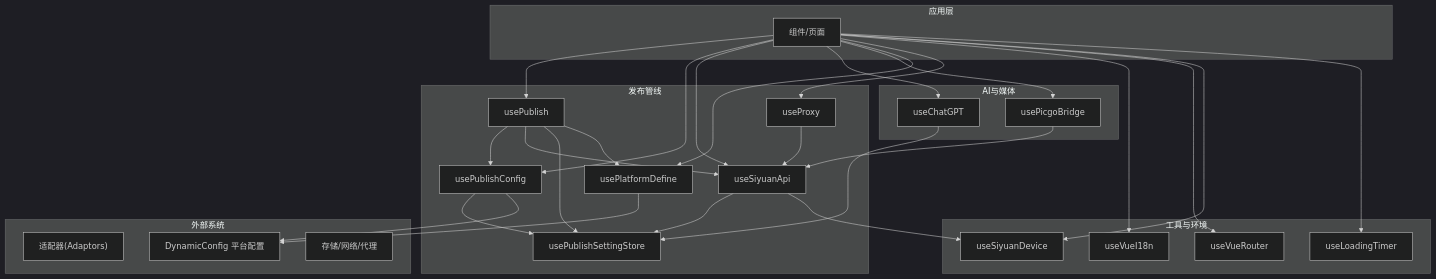
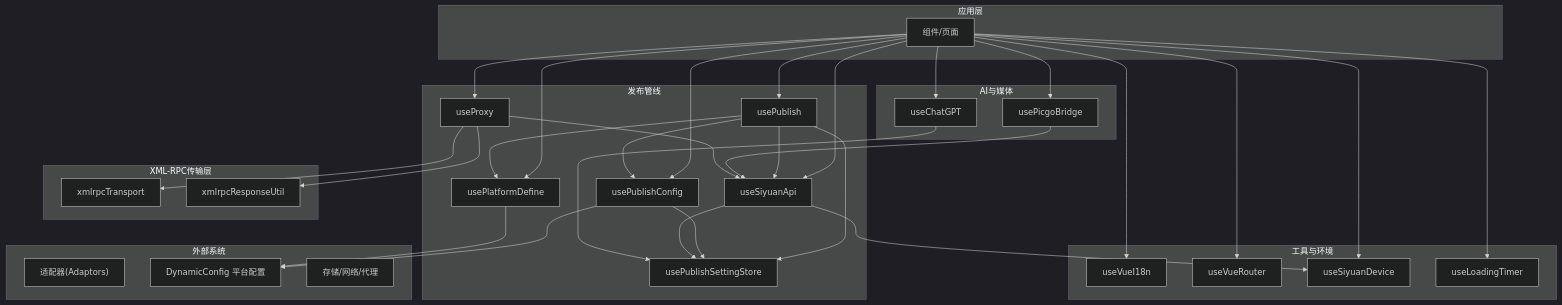
Before and after one commit to terwer/siyuan-plugin-publisher: the second of 6 diagrams in .qoder/repowiki/zh/content/API参考文档/Composables API/Composables API.md, drawn with Mermaid (dark theme). The commit also changed other lines of this file and 15 other files, not shown here.

First line of the commit message:
refactor(proxy): redesign form upload transport to unified top-level architecture

````diff
--- a/.qoder/repowiki/zh/content/API参考文档/Composables API/Composables API.md
+++ b/.qoder/repowiki/zh/content/API参考文档/Composables API/Composables API.md
@@ -148,52 +129,58 @@
 ```mermaid
 graph TB
 subgraph "应用层"
 UI["组件/页面"]
 end
 subgraph "发布管线"
 UP["usePublish"]
 UPC["usePublishConfig"]
 USY["useSiyuanApi"]
 UPS["usePublishSettingStore"]
 UPL["usePlatformDefine"]
 UPR["useProxy"]
 end
 subgraph "AI与媒体"
 UCGPT["useChatGPT"]
 UPB["usePicgoBridge"]
 end
 subgraph "工具与环境"
 UVI["useVueI18n"]
 UVR["useVueRouter"]
 USD["useSiyuanDevice"]
 ULT["useLoadingTimer"]
+end
+subgraph "XML-RPC传输层"
+XRT["xmlrpcTransport"]
+XRU["xmlrpcResponseUtil"]
 end
 subgraph "外部系统"
 AD["适配器(Adaptors)"]
 DC["DynamicConfig 平台配置"]
 ST["存储/网络/代理"]
 end
 UI --> UP
 UI --> UPC
 UI --> USY
 UI --> UCGPT
 UI --> UPB
 UI --> UPL
 UI --> UPR
 UI --> UVI
 UI --> UVR
 UI --> USD
 UI --> ULT
 UP --> UPC
 UP --> USY
 UP --> UPS
 UP --> UPL
 UPC --> UPS
 UPC --> DC
 USY --> UPS
 USY --> USD
 UPB --> USY
 UCGPT --> UPS
 UPR --> USY
+UPR --> XRT
+UPR --> XRU
 UPL --> DC
 ```
````
